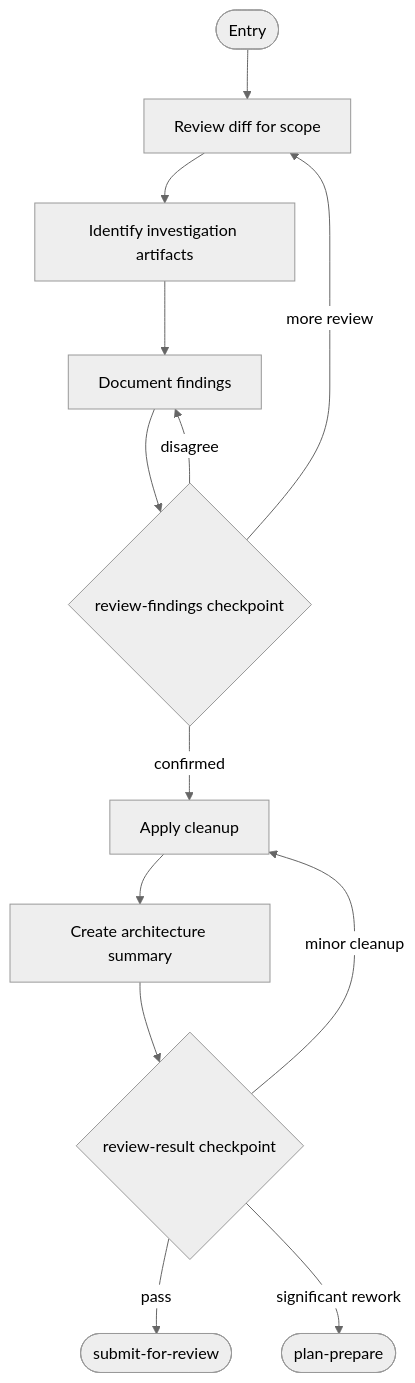
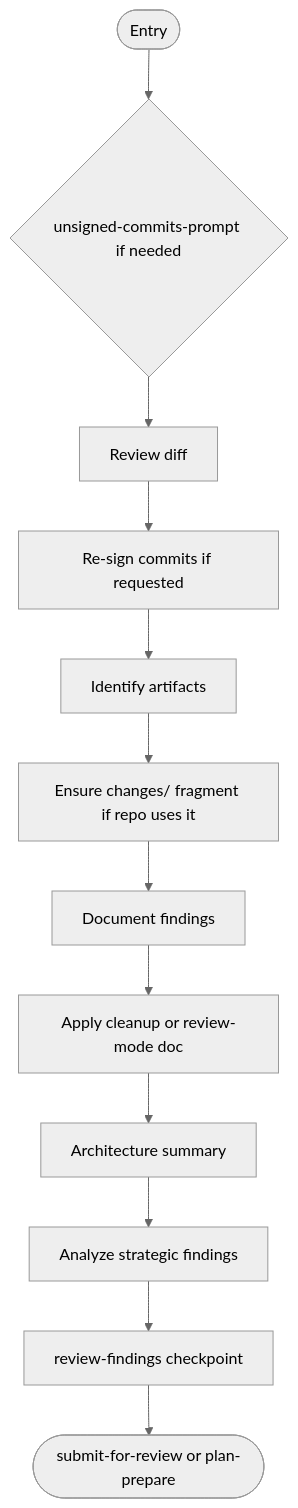
Before and after one commit to m2ux/workflow-server: diagram 12 of 14 in work-package/activities/README.md, drawn with Mermaid (neutral theme). The commit also changed other lines of this file and 16 other files, not shown here.

````diff
--- a/work-package/activities/README.md
+++ b/work-package/activities/README.md
@@ -727,16 +740,14 @@
 ```mermaid
 graph TD
-    entryNode(["Entry"]) --> diffReview["Review diff for scope"]
-    diffReview --> identifyArtifacts["Identify investigation artifacts"]
-    identifyArtifacts --> documentFindings["Document findings"]
-    documentFindings --> cpFindings{"review-findings checkpoint"}
-    cpFindings -->|"confirmed"| applyCleanup["Apply cleanup"]
-    cpFindings -->|"disagree"| documentFindings
-    cpFindings -->|"more review"| diffReview
-
-    applyCleanup --> createArchSummary["Create architecture summary"]
-    createArchSummary --> cpResult{"review-result checkpoint"}
-    cpResult -->|"pass"| exitSubmit(["submit-for-review"])
-    cpResult -->|"minor cleanup"| applyCleanup
-    cpResult -->|"significant rework"| exitPlan(["plan-prepare"])
+    entryNode(["Entry"]) --> cpUnsigned{"unsigned-commits-prompt if needed"}
+    cpUnsigned --> diffReview["Review diff"]
+    diffReview --> resign["Re-sign commits if requested"]
+    resign --> identifyArtifacts["Identify artifacts"]
+    identifyArtifacts --> changesFrag["Ensure changes/ fragment if repo uses it"]
+    changesFrag --> documentFindings["Document findings"]
+    documentFindings --> applyCleanup["Apply cleanup or review-mode doc"]
+    applyCleanup --> createArchSummary["Architecture summary"]
+    createArchSummary --> analyze["Analyze strategic findings"]
+    analyze --> cpFindings["review-findings checkpoint"]
+    cpFindings --> exitSubmit(["submit-for-review or plan-prepare"])
 ```
````
